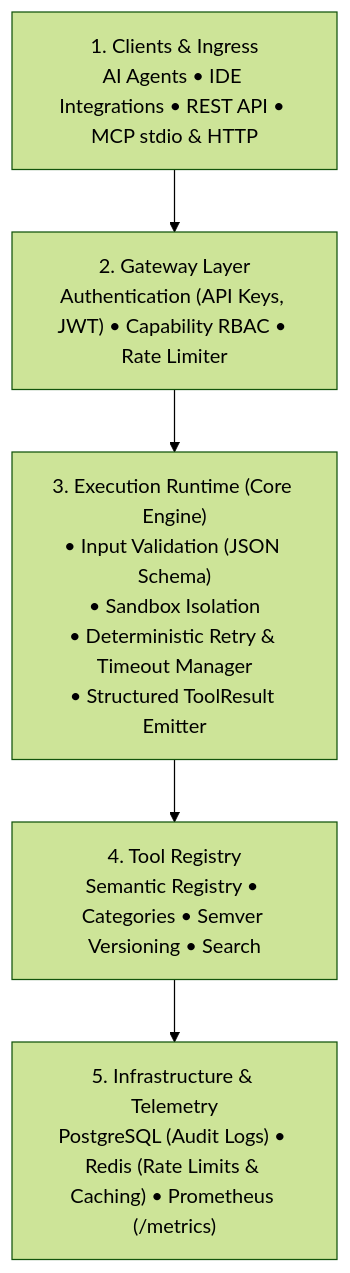
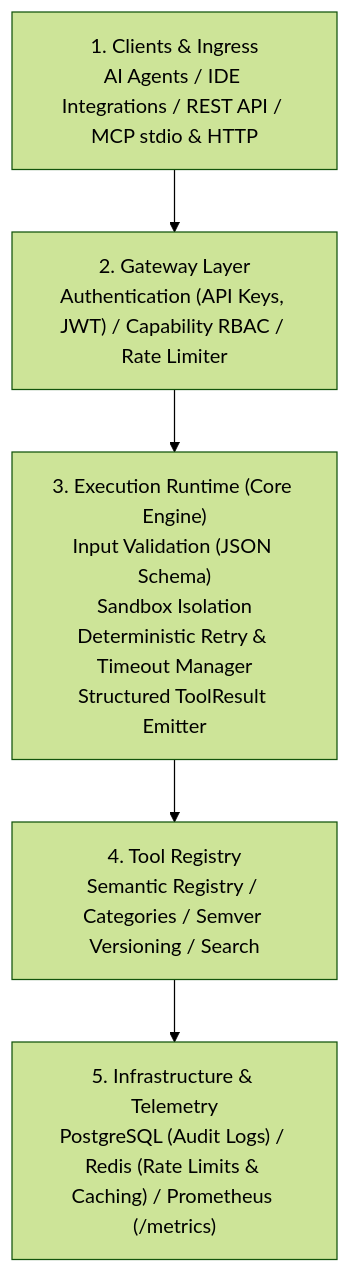
Before and after one commit to sorensencc-dotcom/toolforge: the diagram in Home.md, drawn with Mermaid (forest theme). The commit also changed other lines of this file and 52 other files, not shown here.

````diff
--- a/Home.md
+++ b/Home.md
@@ -12,7 +14,7 @@
 ```mermaid
 graph TD
-    CL["1. Clients & Ingress<br/>AI Agents • IDE Integrations • REST API • MCP stdio & HTTP"] --> GW["2. Gateway Layer<br/>Authentication (API Keys, JWT) • Capability RBAC • Rate Limiter"]
-    GW --> ER["3. Execution Runtime (Core Engine)<br/>• Input Validation (JSON Schema)<br/>• Sandbox Isolation<br/>• Deterministic Retry & Timeout Manager<br/>• Structured ToolResult Emitter"]
-    ER --> TR["4. Tool Registry<br/>Semantic Registry • Categories • Semver Versioning • Search"]
-    TR --> INF["5. Infrastructure & Telemetry<br/>PostgreSQL (Audit Logs) • Redis (Rate Limits & Caching) • Prometheus (/metrics)"]
+    CL["1. Clients & Ingress<br/>AI Agents / IDE Integrations / REST API / MCP stdio & HTTP"] --> GW["2. Gateway Layer<br/>Authentication (API Keys, JWT) / Capability RBAC / Rate Limiter"]
+    GW --> ER["3. Execution Runtime (Core Engine)<br/>Input Validation (JSON Schema)<br/>Sandbox Isolation<br/>Deterministic Retry & Timeout Manager<br/>Structured ToolResult Emitter"]
+    ER --> TR["4. Tool Registry<br/>Semantic Registry / Categories / Semver Versioning / Search"]
+    TR --> INF["5. Infrastructure & Telemetry<br/>PostgreSQL (Audit Logs) / Redis (Rate Limits & Caching) / Prometheus (/metrics)"]
 ```
````
